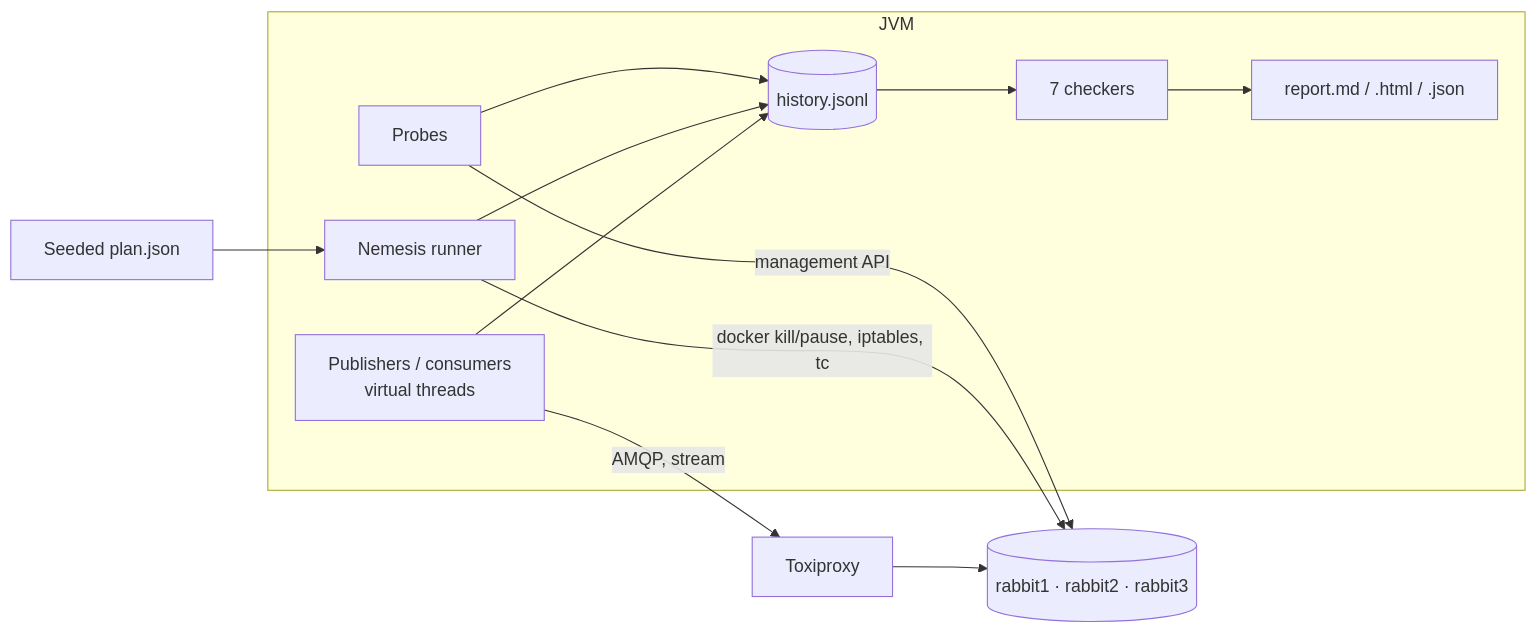
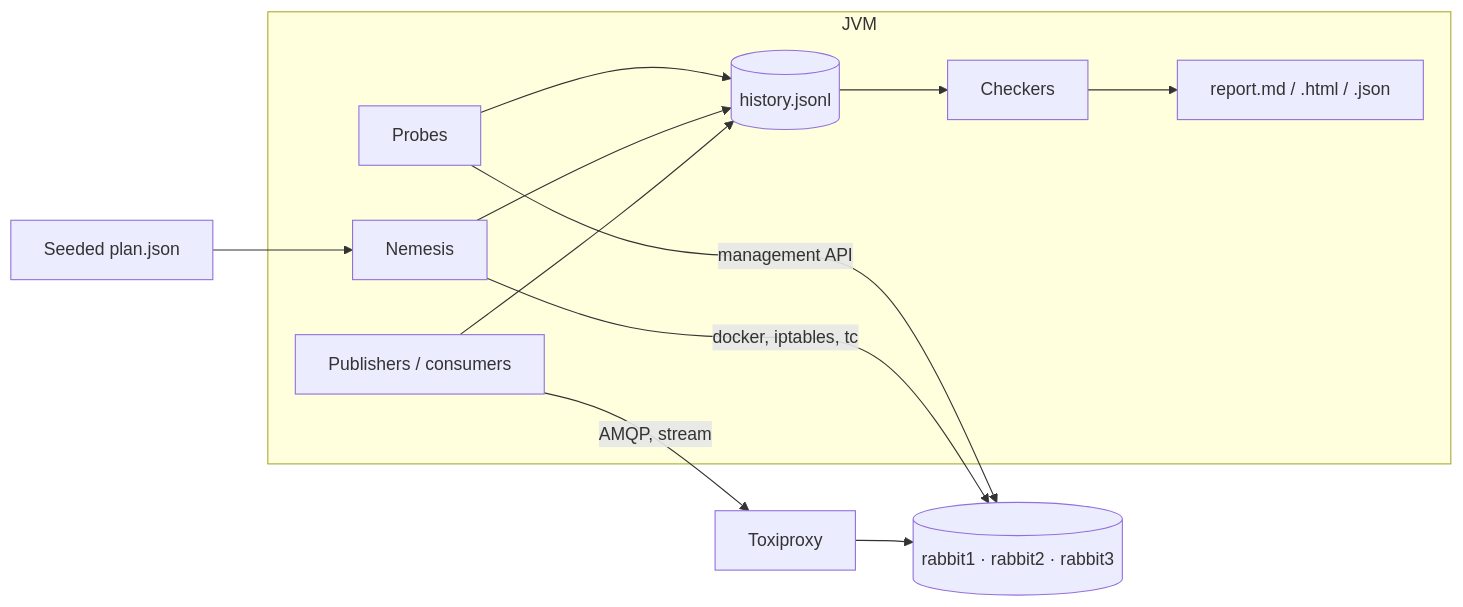
The diagram in README.md (Andassa/rmq-verify), drawn with Mermaid before and after one commit. The commit also changed other lines of this file and 1 other file, not shown here.

````diff
--- a/README.md
+++ b/README.md
@@ -77,13 +80,13 @@
 ```mermaid
 flowchart LR
   plan[Seeded plan.json] --> nemesis
   subgraph JVM
-    workload[Publishers / consumers<br/>virtual threads] --> recorder[(history.jsonl)]
-    nemesis[Nemesis runner] --> recorder
+    workload[Publishers / consumers] --> recorder[(history.jsonl)]
+    nemesis[Nemesis] --> recorder
     prober[Probes] --> recorder
-    recorder --> checkers[7 checkers] --> reports[report.md / .html / .json]
+    recorder --> checkers[Checkers] --> reports[report.md / .html / .json]
   end
   workload -->|AMQP, stream| toxiproxy[Toxiproxy] --> cluster
-  nemesis -->|docker kill/pause, iptables, tc| cluster[(rabbit1 · rabbit2 · rabbit3)]
+  nemesis -->|docker, iptables, tc| cluster[(rabbit1 · rabbit2 · rabbit3)]
   prober -->|management API| cluster
 ```
````
